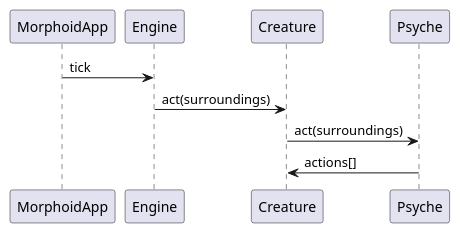
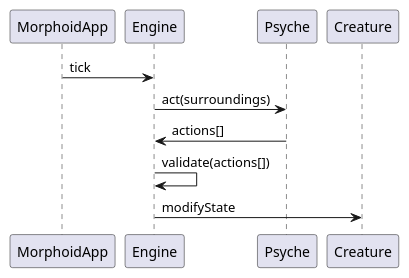
The diagram in game_flow.puml (kirhgoff/morphoid), drawn with PlantUML before and after one commit. The commit also changed 3 other files, not shown here.

```diff
--- a/game_flow.puml
+++ b/game_flow.puml
@@ -1,7 +1,8 @@
 @startuml
 MorphoidApp -> Engine: tick
-Engine -> Creature: act(surroundings)
-Creature -> Psyche: act(surroundings)
-Psyche   -> Creature: actions[]
+Engine -> Psyche: act(surroundings)
+Psyche -> Engine: actions[]
 
+Engine -> Engine: validate(actions[])
+Engine -> Creature: modifyState
 @enduml
```
